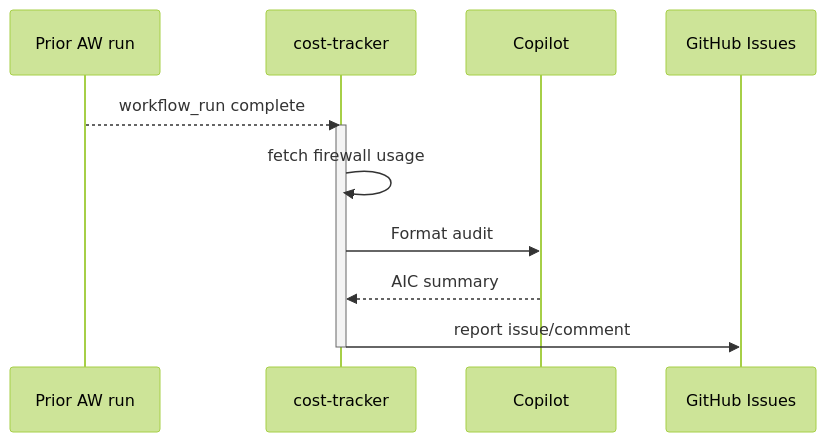
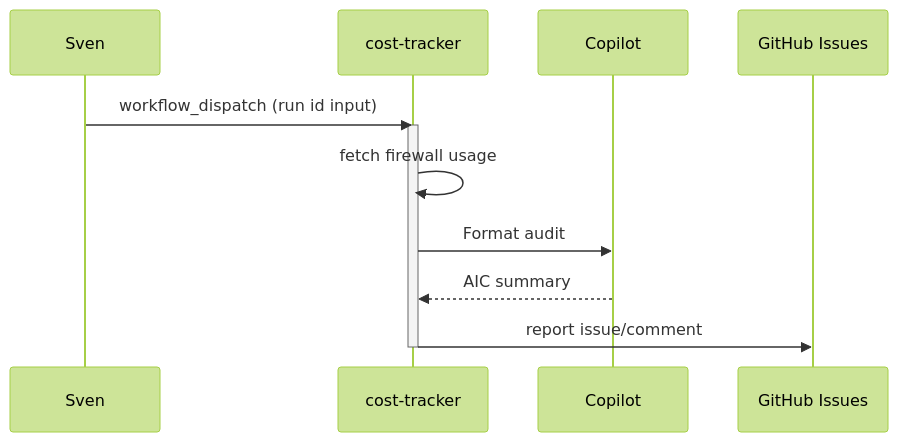
The diagram in docs/pbi/agent-factory/F04-cost-tracker.md (svennijhuis/agentic-workflows), drawn with Mermaid (forest theme) before and after one commit. The commit also changed other lines of this file and 13 other files, not shown here.

````diff
--- a/docs/pbi/agent-factory/F04-cost-tracker.md
+++ b/docs/pbi/agent-factory/F04-cost-tracker.md
@@ -49,14 +56,14 @@
 ```mermaid
 sequenceDiagram
-  participant Run as Prior AW run
+  participant Sven
   participant WF as cost-tracker
   participant Agent as Copilot
   participant Issues as GitHub Issues
-  Run-->>WF: workflow_run complete
+  Sven->>WF: workflow_dispatch (run id input)
   activate WF
   WF->>WF: fetch firewall usage
   WF->>Agent: Format audit
   Agent-->>WF: AIC summary
   WF->>Issues: report issue/comment
   deactivate WF
 ```
````
